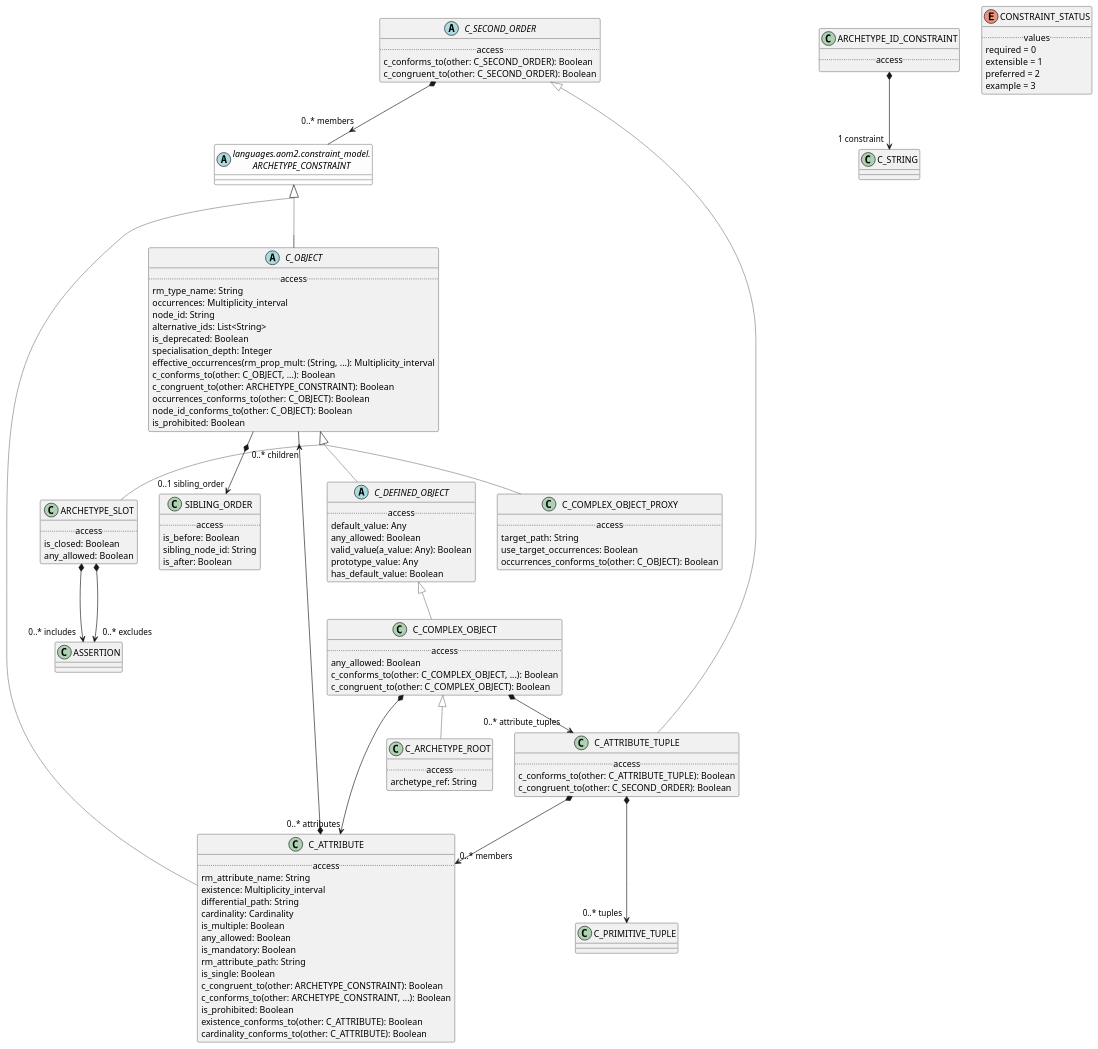
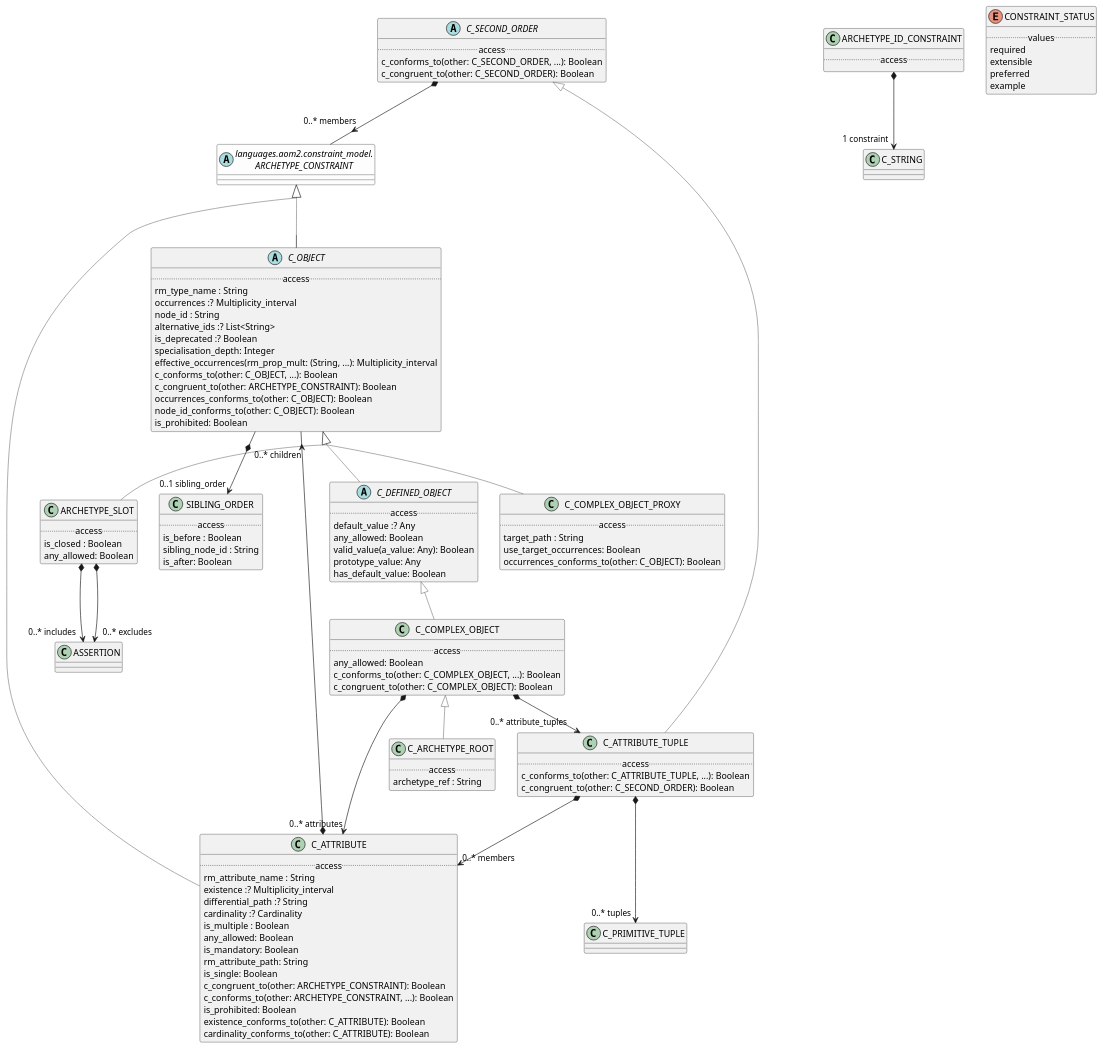
Before and after one commit to wolandscat/openehr-doc: the diagram in modules/ROOT/examples/bmm/languages/aom2/constraint_model/complex/complex-package-uml.adoc, drawn with PlantUML. The commit also changed 1814 other files, not shown here.

```diff
--- a/modules/ROOT/examples/bmm/languages/aom2/constraint_model/complex/complex-package-uml.adoc
+++ b/modules/ROOT/examples/bmm/languages/aom2/constraint_model/complex/complex-package-uml.adoc
@@ -8,7 +8,7 @@
 
 class C_ATTRIBUTE_TUPLE [[/openehr-doc/latest/languages/aom2-gen.html#_class_c_attribute_tuple]] {
         .. access ..
-        c_conforms_to(other: C_ATTRIBUTE_TUPLE): Boolean
+        c_conforms_to(other: C_ATTRIBUTE_TUPLE, ...): Boolean
         c_congruent_to(other: C_SECOND_ORDER): Boolean
 }
 
@@ -21,7 +21,7 @@
 
 abstract class C_DEFINED_OBJECT [[/openehr-doc/latest/languages/aom2-gen.html#_class_c_defined_object]] {
         .. access ..
-        default_value: Any
+        default_value :? Any
         any_allowed: Boolean
         valid_value(a_value: Any): Boolean
         prototype_value: Any
@@ -33,7 +33,7 @@
 
 class C_ARCHETYPE_ROOT [[/openehr-doc/latest/languages/aom2-gen.html#_class_c_archetype_root]] {
         .. access ..
-        archetype_ref: String
+        archetype_ref : String
 }
 
 C_ARCHETYPE_ROOT -[#gray]up-|> C_COMPLEX_OBJECT  
@@ -41,10 +41,9 @@
 
 abstract class C_SECOND_ORDER [[/openehr-doc/latest/languages/aom2-gen.html#_class_c_second_order]] {
         .. access ..
-        c_conforms_to(other: C_SECOND_ORDER): Boolean
+        c_conforms_to(other: C_SECOND_ORDER, ...): Boolean
         c_congruent_to(other: C_SECOND_ORDER): Boolean
 }
-
 
 C_SECOND_ORDER *--> "0..* members" ARCHETYPE_CONSTRAINT
 
@@ -66,12 +65,11 @@
         .. access ..
 }
 
-
 ARCHETYPE_ID_CONSTRAINT *--> "1 constraint" C_STRING
 
 class C_COMPLEX_OBJECT_PROXY [[/openehr-doc/latest/languages/aom2-gen.html#_class_c_complex_object_proxy]] {
         .. access ..
-        target_path: String
+        target_path : String
         use_target_occurrences: Boolean
         occurrences_conforms_to(other: C_OBJECT): Boolean
 }
@@ -81,15 +79,15 @@
 
 enum CONSTRAINT_STATUS [[/openehr-doc/latest/languages/aom2-gen.html#_class_constraint_status]] {
         .. values ..
-        required = 0
-        extensible = 1
-        preferred = 2
-        example = 3
+        required
+        extensible
+        preferred
+        example
 }
 
 class ARCHETYPE_SLOT [[/openehr-doc/latest/languages/aom2-gen.html#_class_archetype_slot]] {
         .. access ..
-        is_closed: Boolean
+        is_closed : Boolean
         any_allowed: Boolean
 }
 
@@ -102,19 +100,18 @@
 
 class SIBLING_ORDER [[/openehr-doc/latest/languages/aom2-gen.html#_class_sibling_order]] {
         .. access ..
-        is_before: Boolean
-        sibling_node_id: String
+        is_before : Boolean
+        sibling_node_id : String
         is_after: Boolean
 }
 
-
 abstract class C_OBJECT [[/openehr-doc/latest/languages/aom2-gen.html#_class_c_object]] {
         .. access ..
-        rm_type_name: String
-        occurrences: Multiplicity_interval
-        node_id: String
-        alternative_ids: List<String>
-        is_deprecated: Boolean
+        rm_type_name : String
+        occurrences :? Multiplicity_interval
+        node_id : String
+        alternative_ids :? List<String>
+        is_deprecated :? Boolean
         specialisation_depth: Integer
         effective_occurrences(rm_prop_mult: (String, ...): Multiplicity_interval
         c_conforms_to(other: C_OBJECT, ...): Boolean
@@ -131,11 +128,11 @@
 
 class C_ATTRIBUTE [[/openehr-doc/latest/languages/aom2-gen.html#_class_c_attribute]] {
         .. access ..
-        rm_attribute_name: String
-        existence: Multiplicity_interval
-        differential_path: String
-        cardinality: Cardinality
-        is_multiple: Boolean
+        rm_attribute_name : String
+        existence :? Multiplicity_interval
+        differential_path :? String
+        cardinality :? Cardinality
+        is_multiple : Boolean
         any_allowed: Boolean
         is_mandatory: Boolean
         rm_attribute_path: String
```
